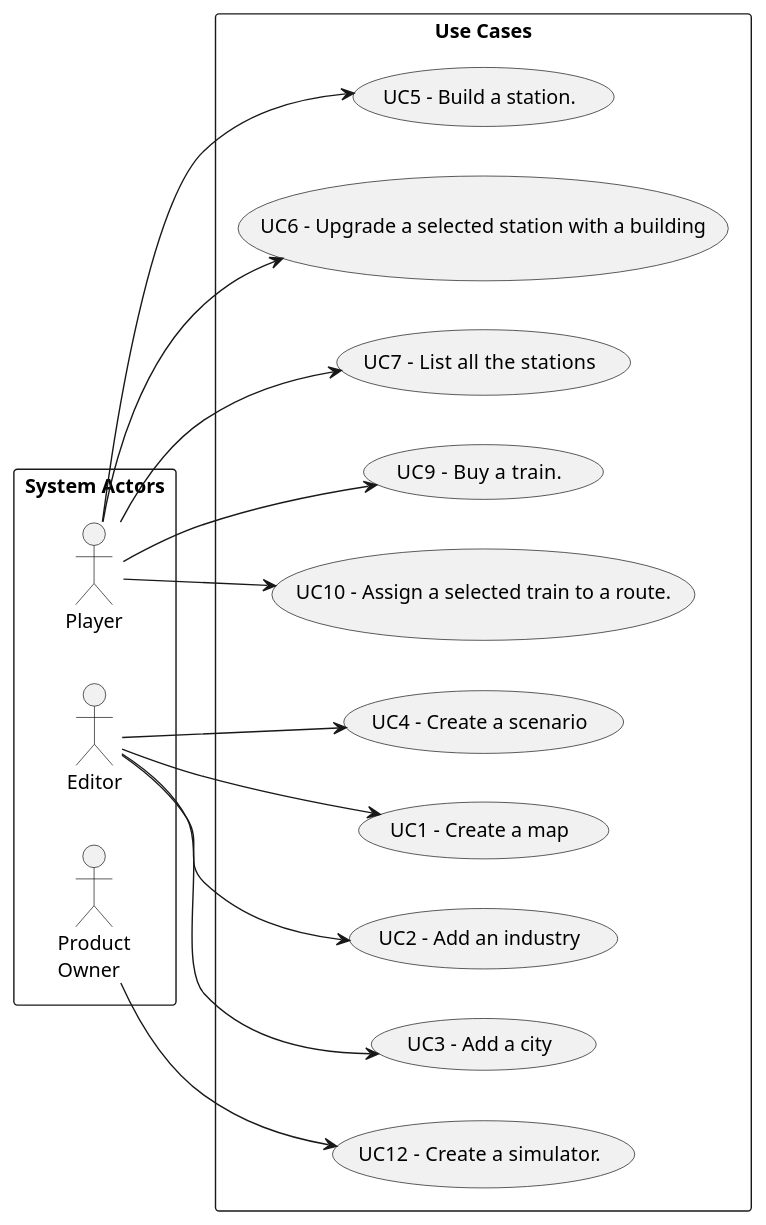
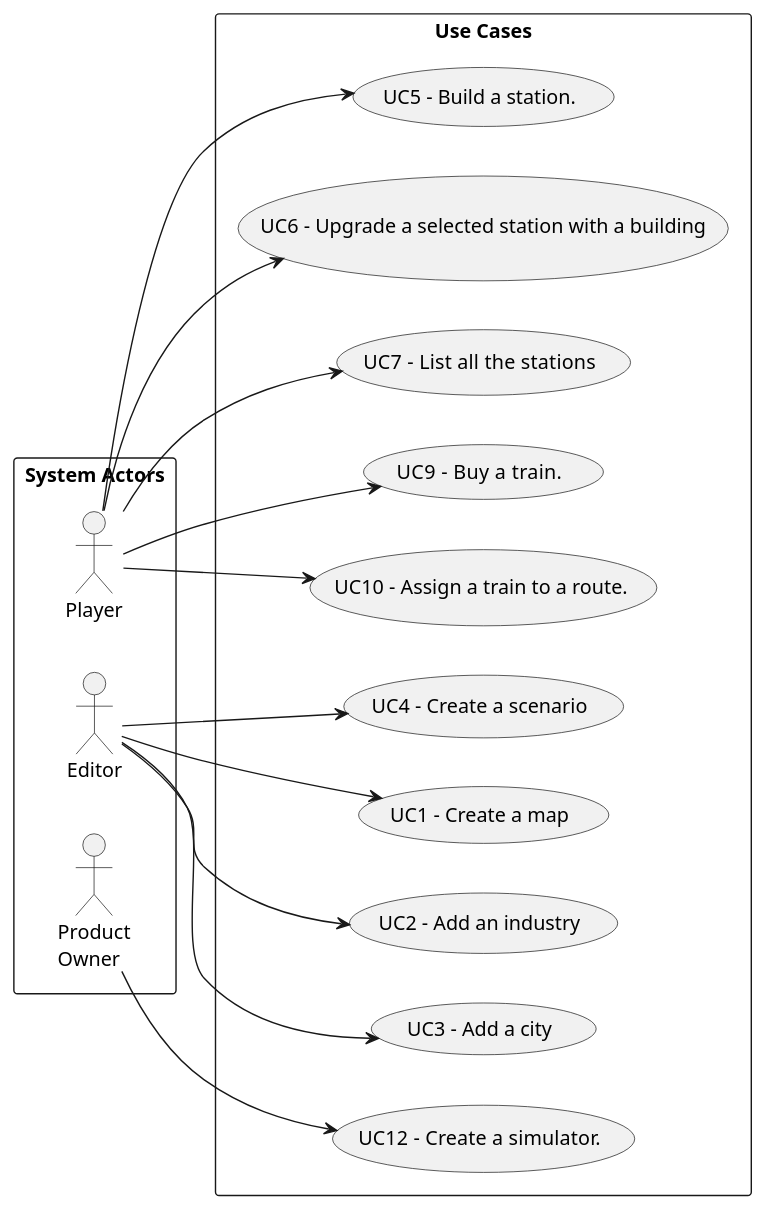
Before and after one commit to bruno-monteiro5/sem2-pi-24.25-g132-repo: the diagram in docs/system-documentation/global-artifacts/01.requirements-engineering/puml/UCD.puml, drawn with PlantUML.

Commit message:
UCD updated (shorter names)

```diff
--- a/docs/system-documentation/global-artifacts/01.requirements-engineering/puml/UCD.puml
+++ b/docs/system-documentation/global-artifacts/01.requirements-engineering/puml/UCD.puml
@@ -1,52 +1,52 @@
 @startuml
 'skinparam monochrome true
 skinparam packageStyle rectangle
 'skinparam shadowing false
 
 
 'title Use Case Diagram Example
 
 left to right direction
 
 rectangle "System Actors" as actors {
     actor "Player" as Player
     actor "Editor" as Editor
     actor "Product\nOwner" as Owner
 }
 
 rectangle "Use Cases" as usecases{
     usecase "UC1 - Create a map" as UC1
     Editor --> UC1
 
     usecase "UC2 - Add an industry" as UC2
     Editor --> UC2
 
     usecase "UC3 - Add a city" as UC3
     Editor --> UC3
 
     usecase "UC4 - Create a scenario" as UC4
     Editor --> UC4
 
     usecase "UC5 - Build a station." as UC5
     Player --> UC5
 
     usecase "UC6 - Upgrade a selected station with a building" as UC6
     Player --> UC6
 
     usecase "UC7 -  List all the stations" as UC7
     Player --> UC7
 
     usecase "UC9 -  Buy a train." as UC9
     Player --> UC9
 
-    usecase "UC10 - Assign a selected train to a route." as UC10
+    usecase "UC10 - Assign a train to a route." as UC10
     Player --> UC10
 
     usecase "UC12 - Create a simulator." as UC12
     Owner --> UC12
 
 
 }
 
 
 @enduml
```
